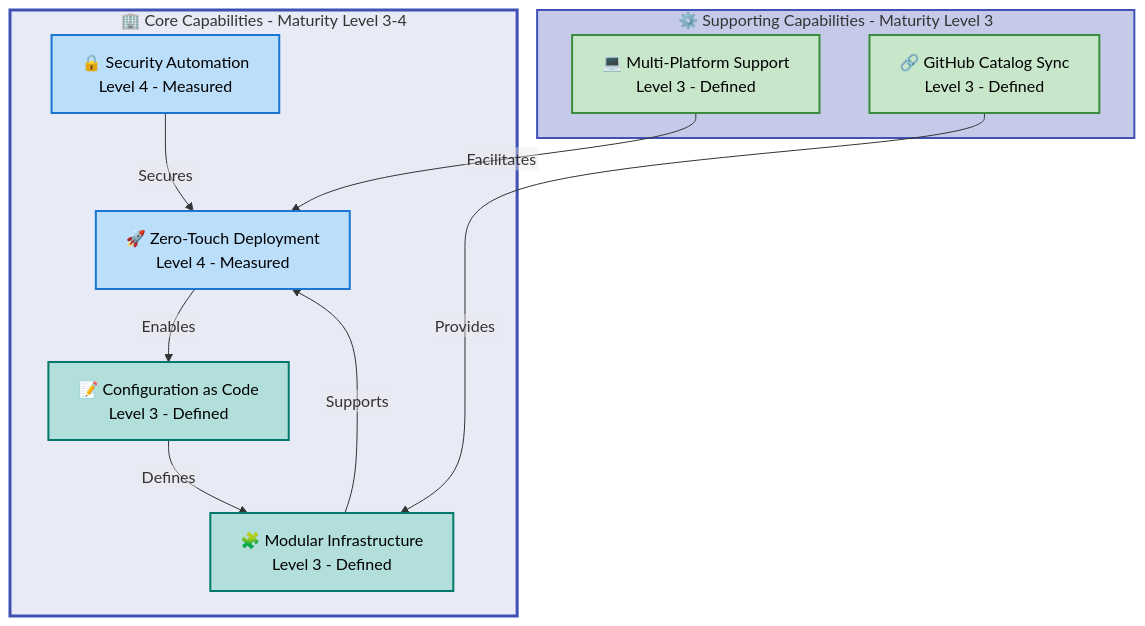
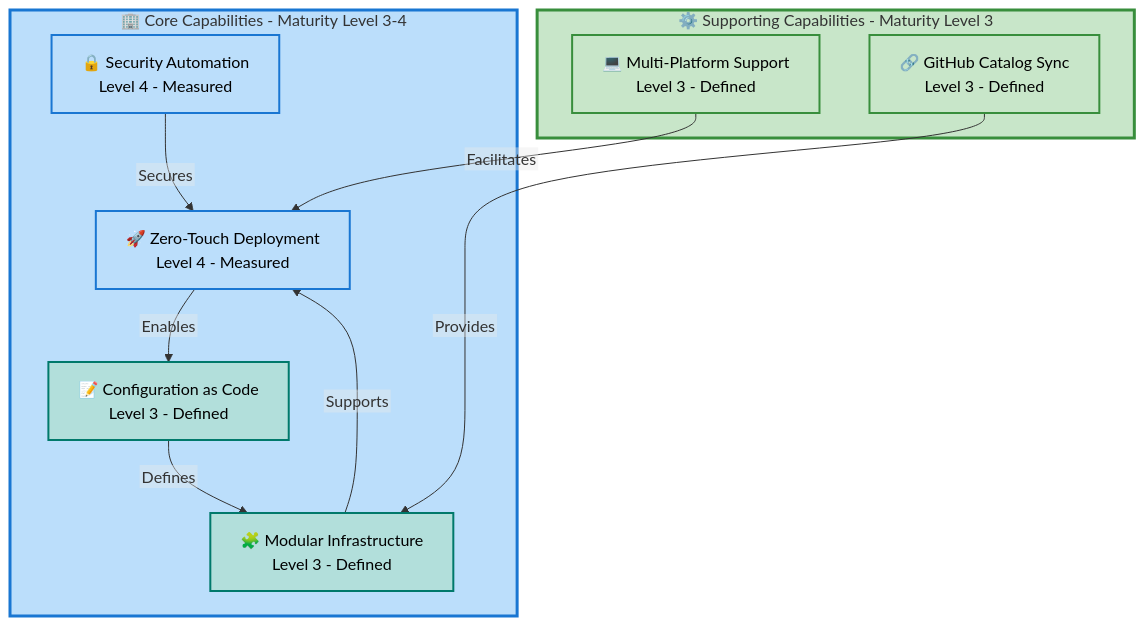
The first of 4 diagrams in docs/architecture/business-layer-architecture-bdat.md (Evilazaro/DevExp-DevBox), drawn with Mermaid before and after one commit. The commit also changed other lines of this file, not shown here.

Commit message:
refactor: update flowchart styles for improved visual clarity and consistency

````diff
--- a/docs/architecture/business-layer-architecture-bdat.md
+++ b/docs/architecture/business-layer-architecture-bdat.md
@@ -194,36 +194,36 @@
 ```mermaid
 ---
 config:
   flowchart:
     htmlLabels: false
 ---
 flowchart TB
     accTitle: Business Capabilities Map - DevExp-DevBox
     accDescr: Hierarchical view of 6 business capabilities organized by maturity level with strategic relationships
 
     classDef mdBlue fill:#BBDEFB,stroke:#1976D2,stroke-width:2px,color:#000
     classDef mdGreen fill:#C8E6C9,stroke:#388E3C,stroke-width:2px,color:#000
     classDef mdTeal fill:#B2DFDB,stroke:#00796B,stroke-width:2px,color:#000
 
     subgraph CoreCapabilities["🏢 Core Capabilities - Maturity Level 3-4"]
         ZTD["🚀 Zero-Touch Deployment<br/>Level 4 - Measured"]:::mdBlue
         SA["🔒 Security Automation<br/>Level 4 - Measured"]:::mdBlue
         CC["📝 Configuration as Code<br/>Level 3 - Defined"]:::mdTeal
         MI["🧩 Modular Infrastructure<br/>Level 3 - Defined"]:::mdTeal
     end
 
     subgraph SupportingCapabilities["⚙️ Supporting Capabilities - Maturity Level 3"]
         MPS["💻 Multi-Platform Support<br/>Level 3 - Defined"]:::mdGreen
         GCS["🔗 GitHub Catalog Sync<br/>Level 3 - Defined"]:::mdGreen
     end
 
     ZTD -->|"Enables"| CC
     SA -->|"Secures"| ZTD
     CC -->|"Defines"| MI
     MI -->|"Supports"| ZTD
     MPS -->|"Facilitates"| ZTD
     GCS -->|"Provides"| MI
 
-    style CoreCapabilities fill:#E8EAF6,stroke:#3F51B5,stroke-width:3px
-    style SupportingCapabilities fill:#C5CAE9,stroke:#3F51B5,stroke-width:2px
+    style CoreCapabilities fill:#BBDEFB,stroke:#1976D2,stroke-width:3px
+    style SupportingCapabilities fill:#C8E6C9,stroke:#388E3C,stroke-width:3px
 ```
````
